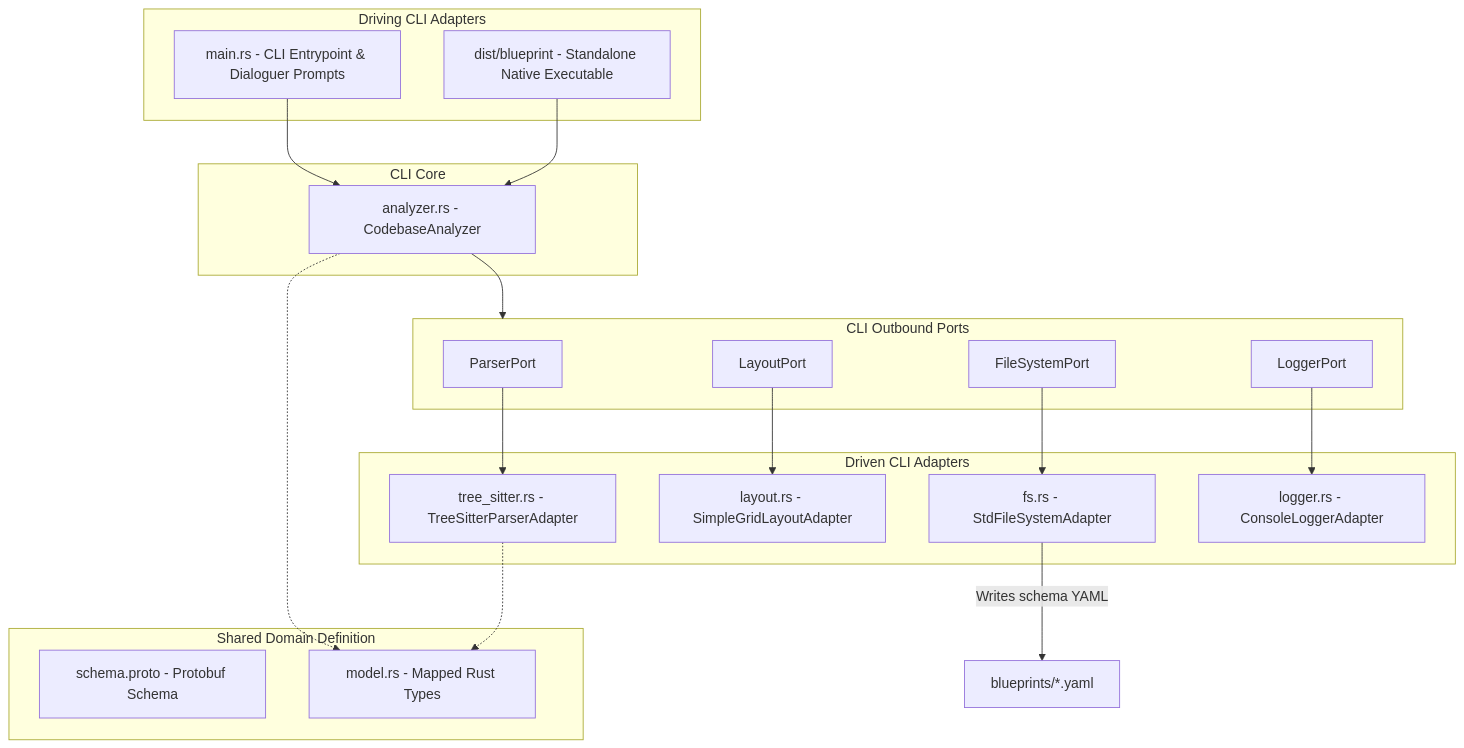
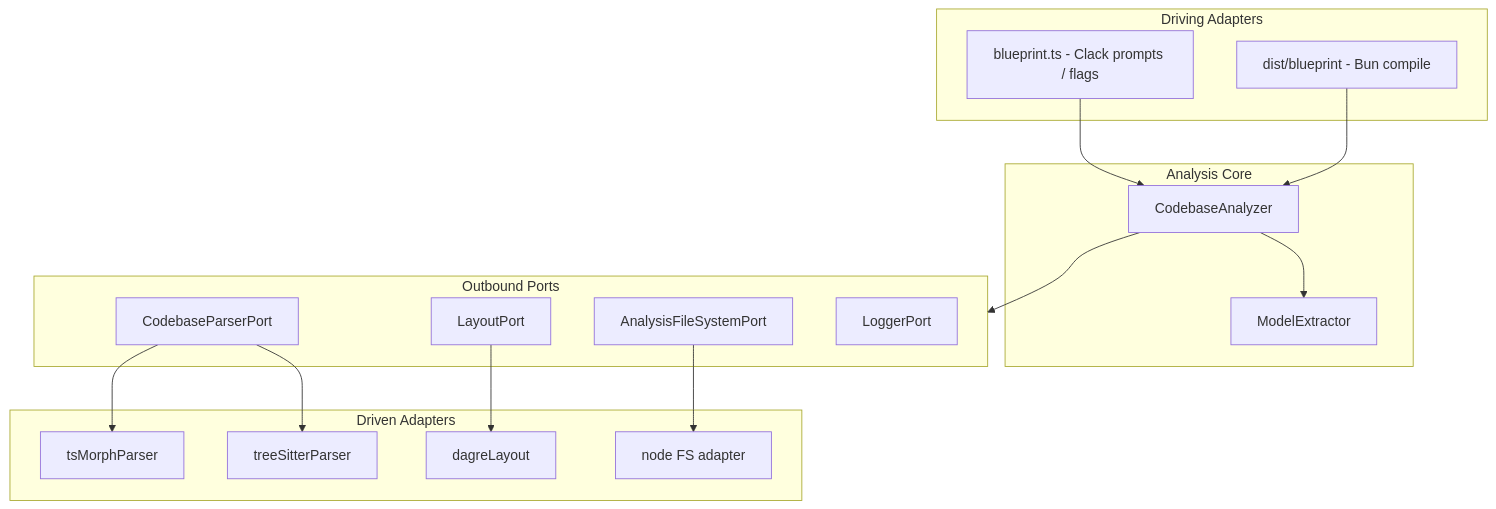
The second of 2 diagrams in docs/architecture.md (mzworthington/blueprint), drawn with Mermaid before and after one commit. The commit also changed other lines of this file and 414 other files, not shown here.

First line of the commit message:
Refactor and migrate blueprint system to modular architecture

````diff
--- a/docs/architecture.md
+++ b/docs/architecture.md
@@ -62,44 +63,35 @@
 ```mermaid
 graph TD
-    subgraph CLI_Drivers [Driving CLI Adapters]
-        CliEntry[main.rs - CLI Entrypoint & Dialoguer Prompts]
-        RustBinary[dist/blueprint - Standalone Native Executable]
+    subgraph CLI_Drivers [Driving Adapters]
+        CliEntry[blueprint.ts - Clack prompts / flags]
+        BunBinary[dist/blueprint - Bun compile]
     end
 
-    subgraph CLI_Core [CLI Core]
-        Analyzer[analyzer.rs - CodebaseAnalyzer]
+    subgraph CLI_Core [Analysis Core]
+        Analyzer[CodebaseAnalyzer]
+        Extractor[ModelExtractor]
     end
 
-    subgraph CLI_Ports [CLI Outbound Ports]
-        ParserPort[ParserPort]
+    subgraph CLI_Ports [Outbound Ports]
+        ParserPort[CodebaseParserPort]
         LayoutPort[LayoutPort]
-        CliFsPort[FileSystemPort]
+        CliFsPort[AnalysisFileSystemPort]
         CliLogPort[LoggerPort]
     end
 
-    subgraph CLI_Adapters [Driven CLI Adapters]
-        TreeSitter[tree_sitter.rs - TreeSitterParserAdapter]
-        Grid[layout.rs - SimpleGridLayoutAdapter]
-        Fs[fs.rs - StdFileSystemAdapter]
-        Logger[logger.rs - ConsoleLoggerAdapter]
-    end
-
-    subgraph Schema_Types [Shared Domain Definition]
-        Proto[schema.proto - Protobuf Schema]
-        Schema[model.rs - Mapped Rust Types]
+    subgraph CLI_Adapters [Driven Adapters]
+        TsMorph[tsMorphParser]
+        TreeSitter[treeSitterParser]
+        Dagre[dagreLayout]
+        Fs[node FS adapter]
     end
 
     CliEntry --> Analyzer
-    RustBinary --> Analyzer
+    BunBinary --> Analyzer
+    Analyzer --> Extractor
     Analyzer --> CLI_Ports
-
+    ParserPort --> TsMorph
     ParserPort --> TreeSitter
-    LayoutPort --> Grid
+    LayoutPort --> Dagre
     CliFsPort --> Fs
-    CliLogPort --> Logger
-
-    TreeSitter -.-> Schema
-    Analyzer -.-> Schema
-
-    Fs --> |Writes schema YAML| BlueprintsDir[blueprints/*.yaml]
 ```
````
